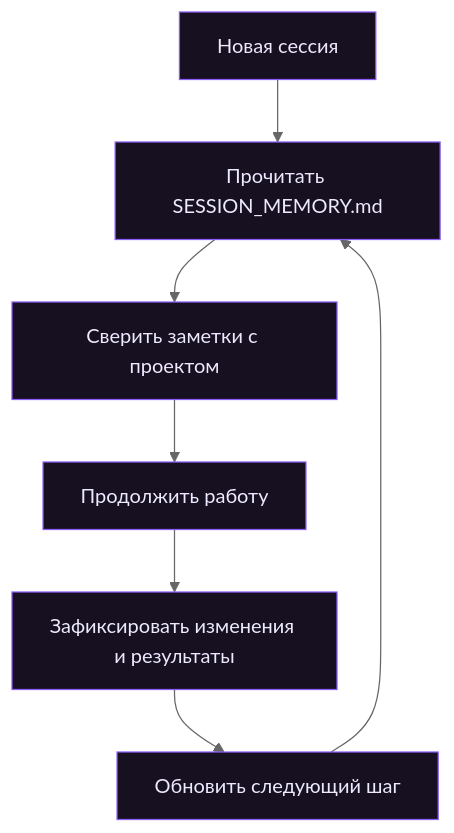
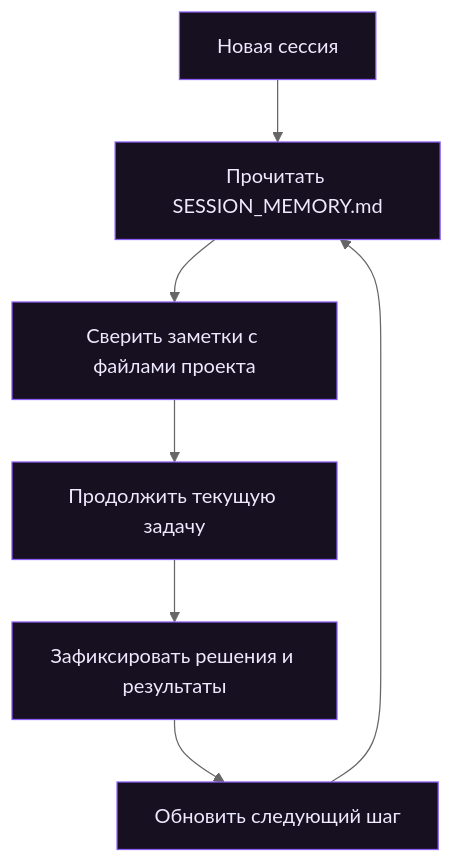
The diagram in README.md (Pre11yhacker/memory-upgrade), drawn with Mermaid (neutral theme) before and after one commit. The commit also changed other lines of this file, not shown here.

````diff
--- a/README.md
+++ b/README.md
@@ -35,11 +77,12 @@
 ```mermaid
 flowchart TD
     A["Новая сессия"] --> B["Прочитать SESSION_MEMORY.md"]
-    B --> C["Сверить заметки с проектом"]
-    C --> D["Продолжить работу"]
-    D --> E["Зафиксировать изменения и результаты"]
+    B --> C["Сверить заметки с файлами проекта"]
+    C --> D["Продолжить текущую задачу"]
+    D --> E["Зафиксировать решения и результаты"]
     E --> F["Обновить следующий шаг"]
     F --> B
-    classDef main fill:#171020,stroke:#8B5CF6,color:#EDE9FE
-    class A,B,C,D,E,F main
+
+    classDef step fill:#171020,stroke:#8B5CF6,color:#EDE9FE,stroke-width:1px
+    class A,B,C,D,E,F step
 ```
````
